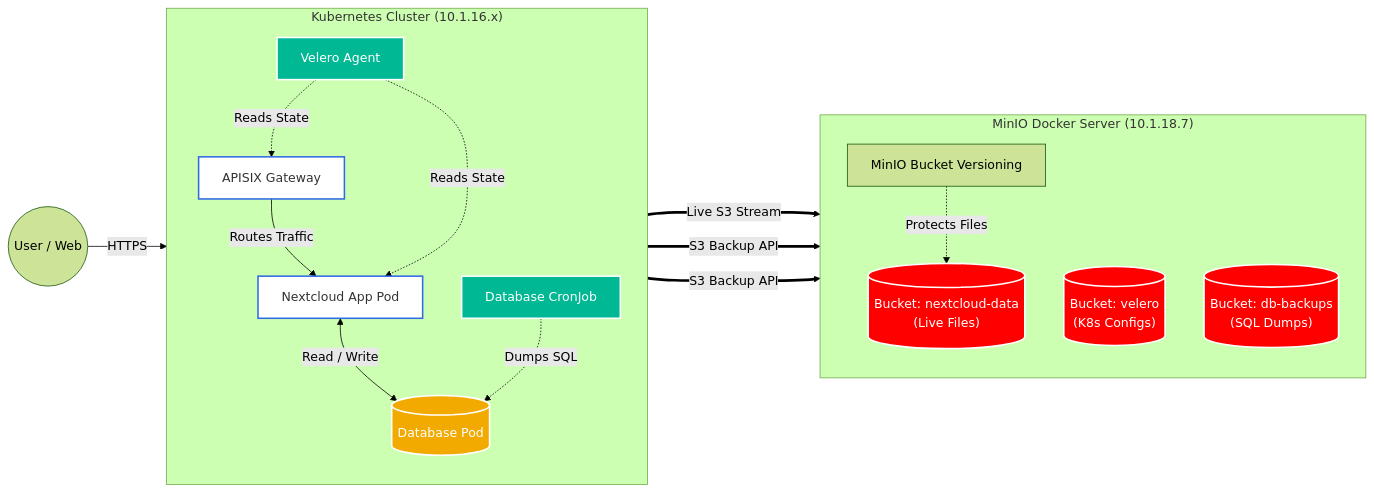
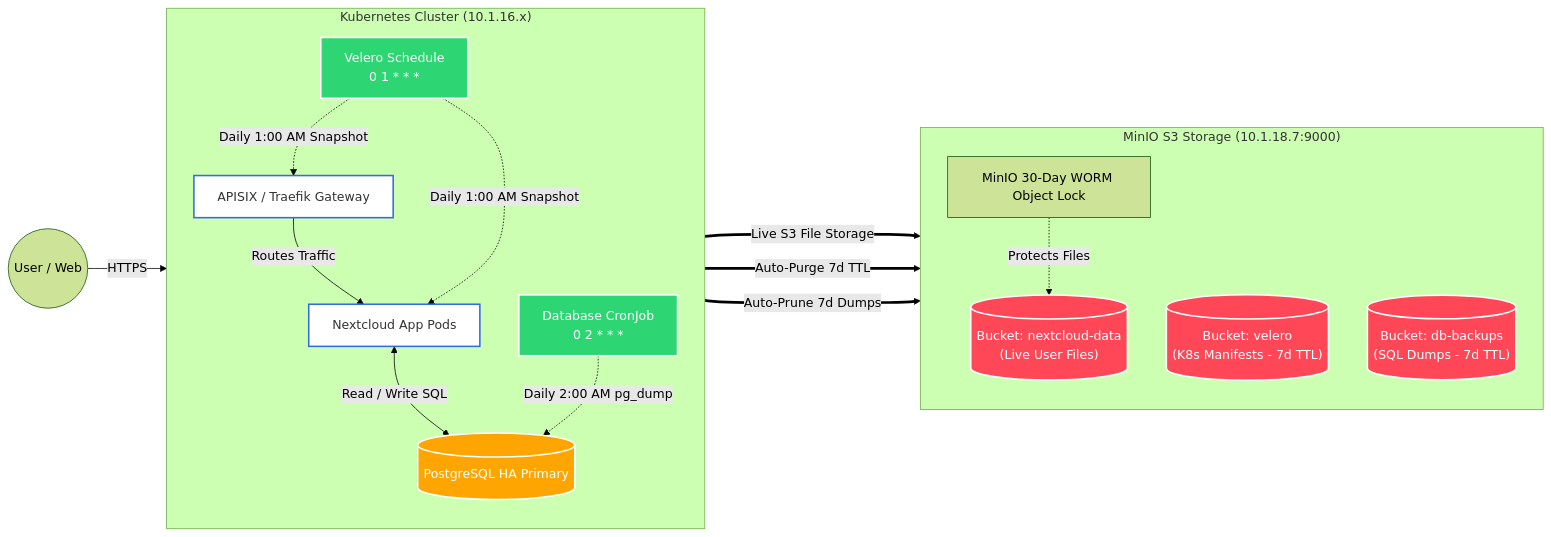
Before and after one commit to PorKeat/nextcloud-documentation: the diagram in docs/07-enterprise-3tier-backup-architecture.md, drawn with Mermaid (forest theme). The commit also changed other lines of this file, not shown here.

Commit message:
docs: update 07-enterprise-3tier-backup-architecture with 7-day retention and RTO/RPO metrics

````diff
--- a/docs/07-enterprise-3tier-backup-architecture.md
+++ b/docs/07-enterprise-3tier-backup-architecture.md
@@ -9,43 +11,42 @@
 ```mermaid
 graph LR
     %% Styling
-    classDef storage fill:#ff0000,stroke:#fff,stroke-width:2px,color:#fff;
+    classDef storage fill:#ff4757,stroke:#fff,stroke-width:2px,color:#fff;
     classDef pod fill:#fff,stroke:#326ce5,stroke-width:2px,color:#333;
-    classDef db fill:#f2a900,stroke:#fff,stroke-width:2px,color:#fff;
-    classDef tool fill:#00b894,stroke:#fff,stroke-width:2px,color:#fff;
+    classDef db fill:#ffa502,stroke:#fff,stroke-width:2px,color:#fff;
+    classDef tool fill:#2ed573,stroke:#fff,stroke-width:2px,color:#fff;
 
-    User((User / Web)) -->|HTTPS| APISIX
+    User((User / Web)) -->|HTTPS| APISIX[APISIX / Traefik Gateway]:::pod
 
     subgraph Kubernetes["Kubernetes Cluster (10.1.16.x)"]
         direction TB
-        APISIX[APISIX Gateway]:::pod
-        NC[Nextcloud App Pod]:::pod
-        DB[(Database Pod)]:::db
-        Velero[Velero Agent]:::tool
-        DBCron[Database CronJob]:::tool
+        NC[Nextcloud App Pods]:::pod
+        DB[(PostgreSQL HA Primary)]:::db
+        Velero[Velero Schedule<br>0 1 * * *]:::tool
+        DBCron[Database CronJob<br>0 2 * * *]:::tool
         
         APISIX -->|Routes Traffic| NC
-        NC <-->|Read / Write| DB
+        NC <-->|Read / Write SQL| DB
         
-        Velero -.->|Reads State| APISIX
-        Velero -.->|Reads State| NC
-        DBCron -.->|Dumps SQL| DB
+        Velero -.->|Daily 1:00 AM Snapshot| NC
+        Velero -.->|Daily 1:00 AM Snapshot| APISIX
+        DBCron -.->|Daily 2:00 AM pg_dump| DB
     end
 
-    subgraph Storage["MinIO Docker Server (10.1.18.7)"]
+    subgraph Storage["MinIO S3 Storage (10.1.18.7:9000)"]
         direction TB
-        B1[("Bucket: nextcloud-data<br>(Live Files)")]:::storage
-        B2[("Bucket: velero<br>(K8s Configs)")]:::storage
-        B3[("Bucket: db-backups<br>(SQL Dumps)")]:::storage
-        Versioning[MinIO Bucket Versioning]
+        B1[("Bucket: nextcloud-data<br>(Live User Files)")]:::storage
+        B2[("Bucket: velero<br>(K8s Manifests - 7d TTL)")]:::storage
+        B3[("Bucket: db-backups<br>(SQL Dumps - 7d TTL)")]:::storage
+        Lock[MinIO 30-Day WORM Object Lock]
         
-        Versioning -.->|Protects Files| B1
+        Lock -.->|Protects Files| B1
     end
 
     %% Live Data Flow
-    NC ===>|Live S3 Stream| B1
+    NC ===>|Live S3 File Storage| B1
     
     %% Backup Data Flow
-    Velero ===>|S3 Backup API| B2
-    DBCron ===>|S3 Backup API| B3
+    Velero ===>|Auto-Purge 7d TTL| B2
+    DBCron ===>|Auto-Prune 7d Dumps| B3
 ```
````
